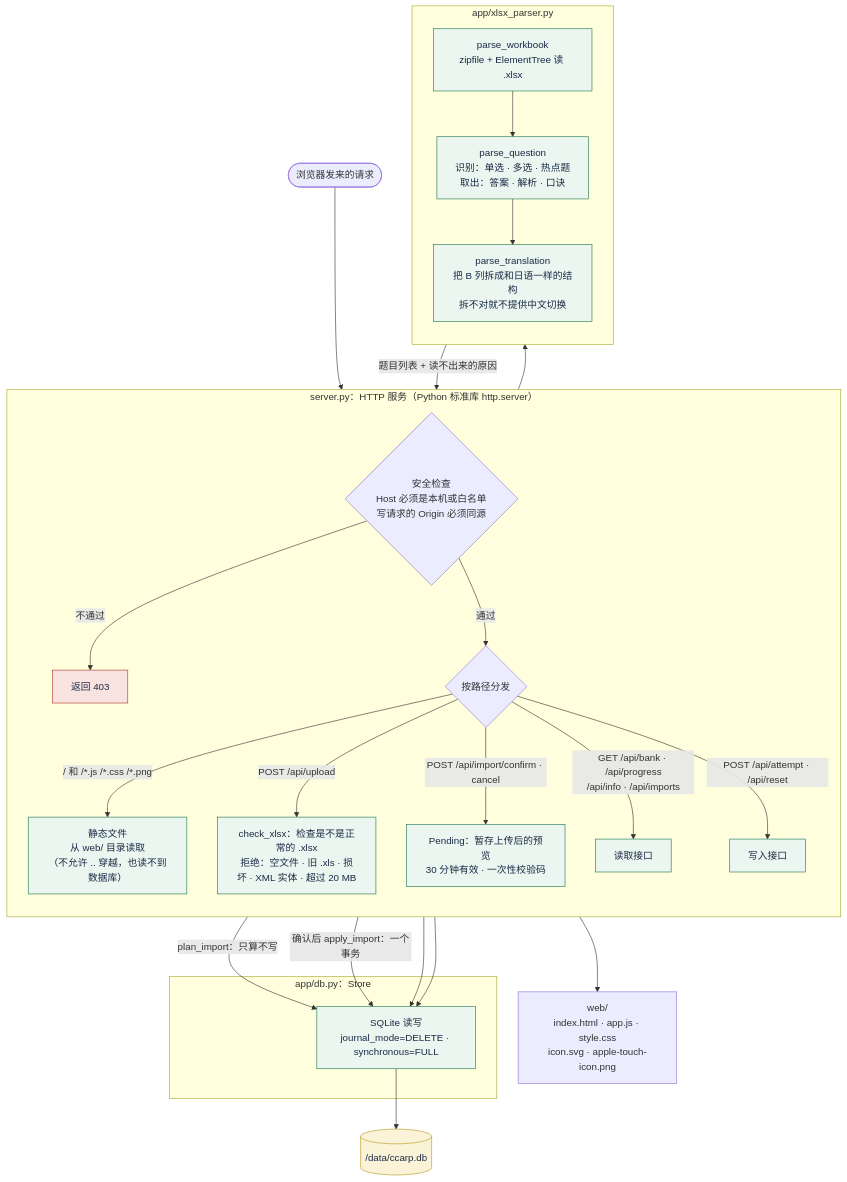
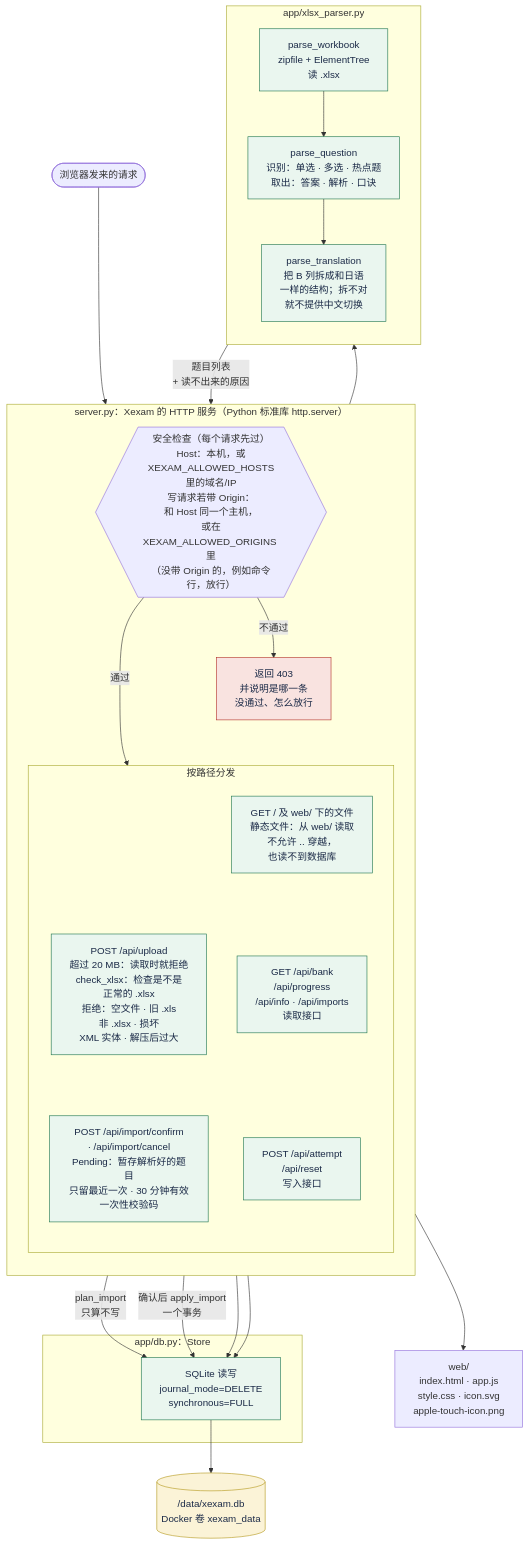
Before and after one commit to Yumin-Space/xexam: the second of 8 diagrams in README.md, drawn with Mermaid. The commit also changed other lines of this file and 13 other files, not shown here.

````diff
--- a/README.md
+++ b/README.md
@@ -156,43 +173,51 @@
 ```mermaid
 flowchart TB
     REQ(["浏览器发来的请求"]) --> GUARD
 
-    subgraph SERVER["server.py：HTTP 服务（Python 标准库 http.server）"]
+    subgraph SERVER["server.py：Xexam 的 HTTP 服务（Python 标准库 http.server）"]
         direction TB
-        GUARD{"安全检查<br/>Host 必须是本机或白名单<br/>写请求的 Origin 必须同源"}
-        GUARD -->|"不通过"| REJECT["返回 403"]
-        GUARD -->|"通过"| ROUTE{"按路径分发"}
-        ROUTE -->|"/ 和 /*.js /*.css /*.png"| STATIC["静态文件<br/>从 web/ 目录读取<br/>（不允许 .. 穿越，也读不到数据库）"]
-        ROUTE -->|"POST /api/upload"| UPLOAD["check_xlsx：检查是不是正常的 .xlsx<br/>拒绝：空文件 · 旧 .xls · 损坏 · XML 实体 · 超过 20 MB"]
-        ROUTE -->|"POST /api/import/confirm · cancel"| PENDING["Pending：暂存上传后的预览<br/>30 分钟有效 · 一次性校验码"]
-        ROUTE -->|"GET /api/bank · /api/progress<br/>/api/info · /api/imports"| READ["读取接口"]
-        ROUTE -->|"POST /api/attempt · /api/reset"| WRITE["写入接口"]
+        GUARD{{"安全检查（每个请求先过）<br/>Host：本机，或<br/>XEXAM_ALLOWED_HOSTS<br/>里的域名/IP<br/>写请求若带 Origin：<br/>和 Host 同一个主机，<br/>或在<br/>XEXAM_ALLOWED_ORIGINS 里<br/>（没带 Origin 的，例如命令行，放行）"}}
+        REJECT["返回 403<br/>并说明是哪一条<br/>没通过、怎么放行"]
+        subgraph ROUTES["按路径分发"]
+            direction TB
+            UPLOAD["POST /api/upload<br/>超过 20 MB：读取时就拒绝<br/>check_xlsx：检查是不是<br/>正常的 .xlsx<br/>拒绝：空文件 · 旧 .xls<br/>非 .xlsx · 损坏<br/>XML 实体 · 解压后过大"]
+            PENDING["POST /api/import/confirm<br/>· /api/import/cancel<br/>Pending：暂存解析好的题目<br/>只留最近一次 · 30 分钟有效<br/>一次性校验码"]
+            READ["GET /api/bank<br/>/api/progress<br/>/api/info · /api/imports<br/>读取接口"]
+            WRITE["POST /api/attempt<br/>/api/reset<br/>写入接口"]
+            STATIC["GET / 及 web/ 下的文件<br/>静态文件：从 web/ 读取<br/>不允许 .. 穿越，<br/>也读不到数据库"]
+            UPLOAD ~~~ PENDING
+            STATIC ~~~ READ
+            READ ~~~ WRITE
+        end
+        GUARD -->|"不通过"| REJECT
+        GUARD -->|"通过"| ROUTES
+        REJECT ~~~ ROUTES
     end
 
     UPLOAD --> PARSER
     subgraph PARSE["app/xlsx_parser.py"]
         direction TB
-        PARSER["parse_workbook<br/>zipfile + ElementTree 读 .xlsx"] --> Q["parse_question<br/>识别：单选 · 多选 · 热点题<br/>取出：答案 · 解析 · 口诀"]
-        Q --> T["parse_translation<br/>把 B 列拆成和日语一样的结构<br/>拆不对就不提供中文切换"]
+        PARSER["parse_workbook<br/>zipfile + ElementTree<br/>读 .xlsx"] --> Q["parse_question<br/>识别：单选 · 多选 · 热点题<br/>取出：答案 · 解析 · 口诀"]
+        Q --> T["parse_translation<br/>把 B 列拆成和日语<br/>一样的结构；拆不对<br/>就不提供中文切换"]
     end
 
-    PARSER -->|"题目列表 + 读不出来的原因"| PENDING
-    PENDING -->|"plan_import：只算不写"| STORE
-    PENDING -->|"确认后 apply_import：一个事务"| STORE
+    PARSER -->|"题目列表<br/>+ 读不出来的原因"| PENDING
+    UPLOAD -->|"plan_import<br/>只算不写"| STORE
+    PENDING -->|"确认后 apply_import<br/>一个事务"| STORE
     READ --> STORE
     WRITE --> STORE
 
     subgraph DBM["app/db.py：Store"]
-        STORE["SQLite 读写<br/>journal_mode=DELETE · synchronous=FULL"]
+        STORE["SQLite 读写<br/>journal_mode=DELETE<br/>synchronous=FULL"]
     end
 
-    STORE --> FILE[("/data/ccarp.db")]
-    STATIC --> WEB["web/<br/>index.html · app.js · style.css<br/>icon.svg · apple-touch-icon.png"]
-
+    STORE --> FILE[("/data/xexam.db<br/>Docker 卷 xexam_data")]
+    STATIC --> WEB["web/<br/>index.html · app.js<br/>style.css · icon.svg<br/>apple-touch-icon.png"]
+    T ~~~ WEB
     classDef ok fill:#EAF6EF,stroke:#1F7650,color:#1B2A47
     classDef bad fill:#F9E3E0,stroke:#B2312A,color:#1B2A47
     classDef store fill:#FBF3D7,stroke:#B59A1F,color:#1B2A47
     class UPLOAD,PENDING,READ,WRITE,STATIC,PARSER,Q,T,STORE ok
     class REJECT bad
     class FILE store
 ```
````
